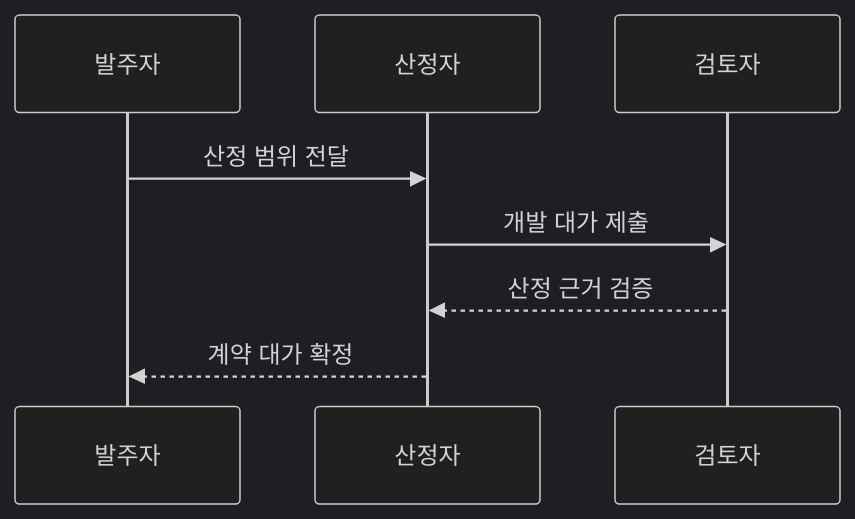
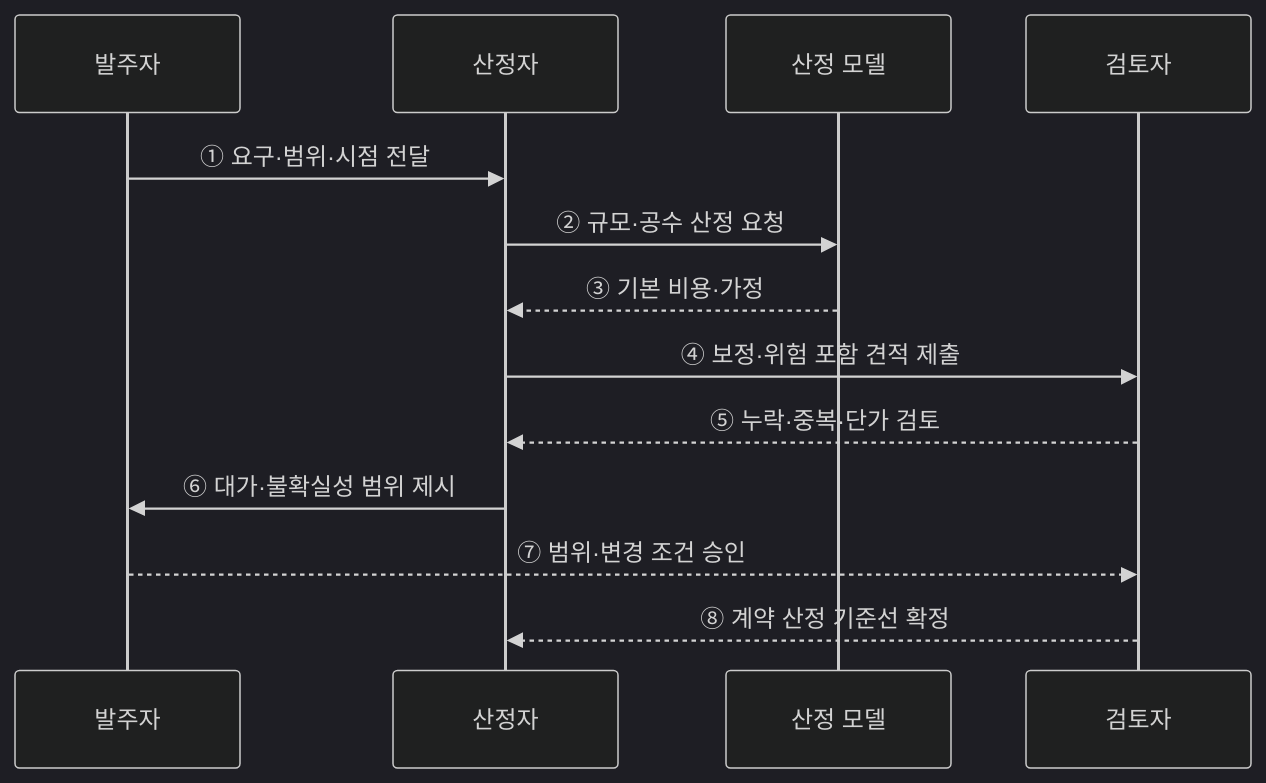
The second of 2 diagrams in src/content/docs/notes/03-software/075_software_cost_estimation.md (agnusdei1207/knowledge-base), drawn with Mermaid (dark theme) before and after one commit. The commit also changed other lines of this file and 20 other files, not shown here.

````diff
--- a/src/content/docs/notes/03-software/075_software_cost_estimation.md
+++ b/src/content/docs/notes/03-software/075_software_cost_estimation.md
@@ -69,10 +71,15 @@
 ```mermaid
 sequenceDiagram
     participant B as 발주자
     participant E as 산정자
+    participant M as 산정 모델
     participant R as 검토자
-    B->>E: 산정 범위 전달
-    E->>R: 개발 대가 제출
-    R-->>E: 산정 근거 검증
-    E-->>B: 계약 대가 확정
+    B->>E: ① 요구·범위·시점 전달
+    E->>M: ② 규모·공수 산정 요청
+    M-->>E: ③ 기본 비용·가정
+    E->>R: ④ 보정·위험 포함 견적 제출
+    R-->>E: ⑤ 누락·중복·단가 검토
+    E->>B: ⑥ 대가·불확실성 범위 제시
+    B-->>R: ⑦ 범위·변경 조건 승인
+    R-->>E: ⑧ 계약 산정 기준선 확정
 ```
````
